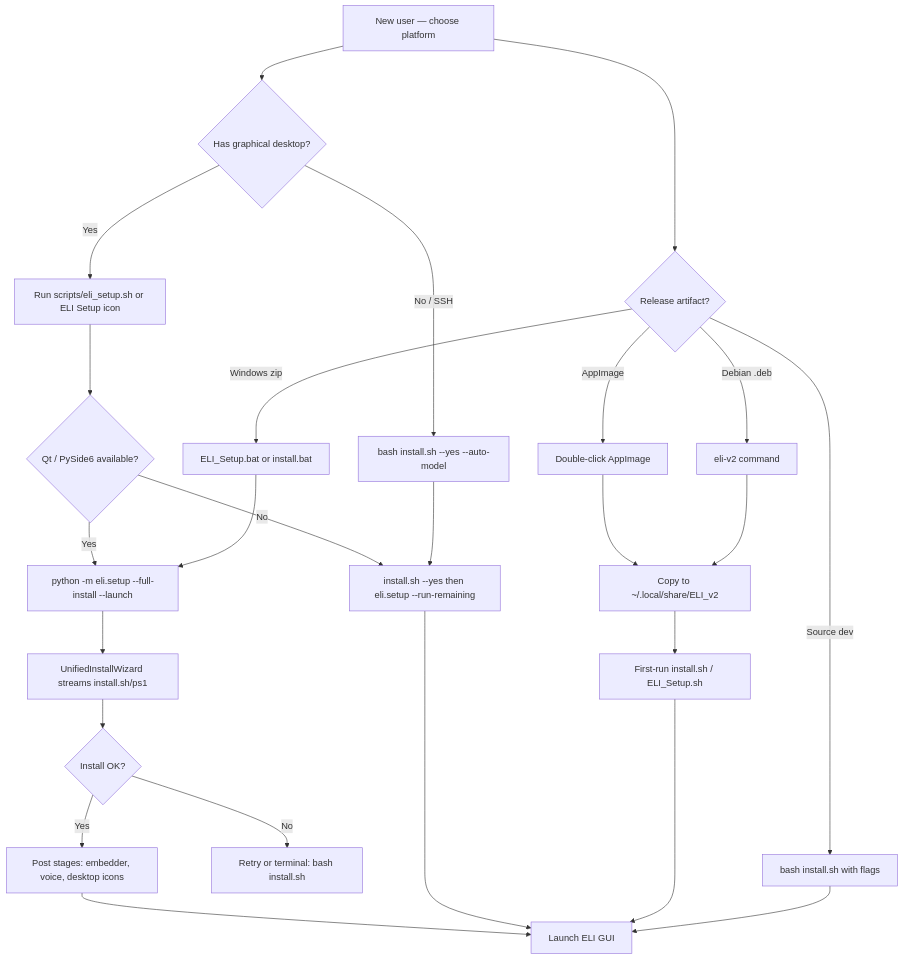
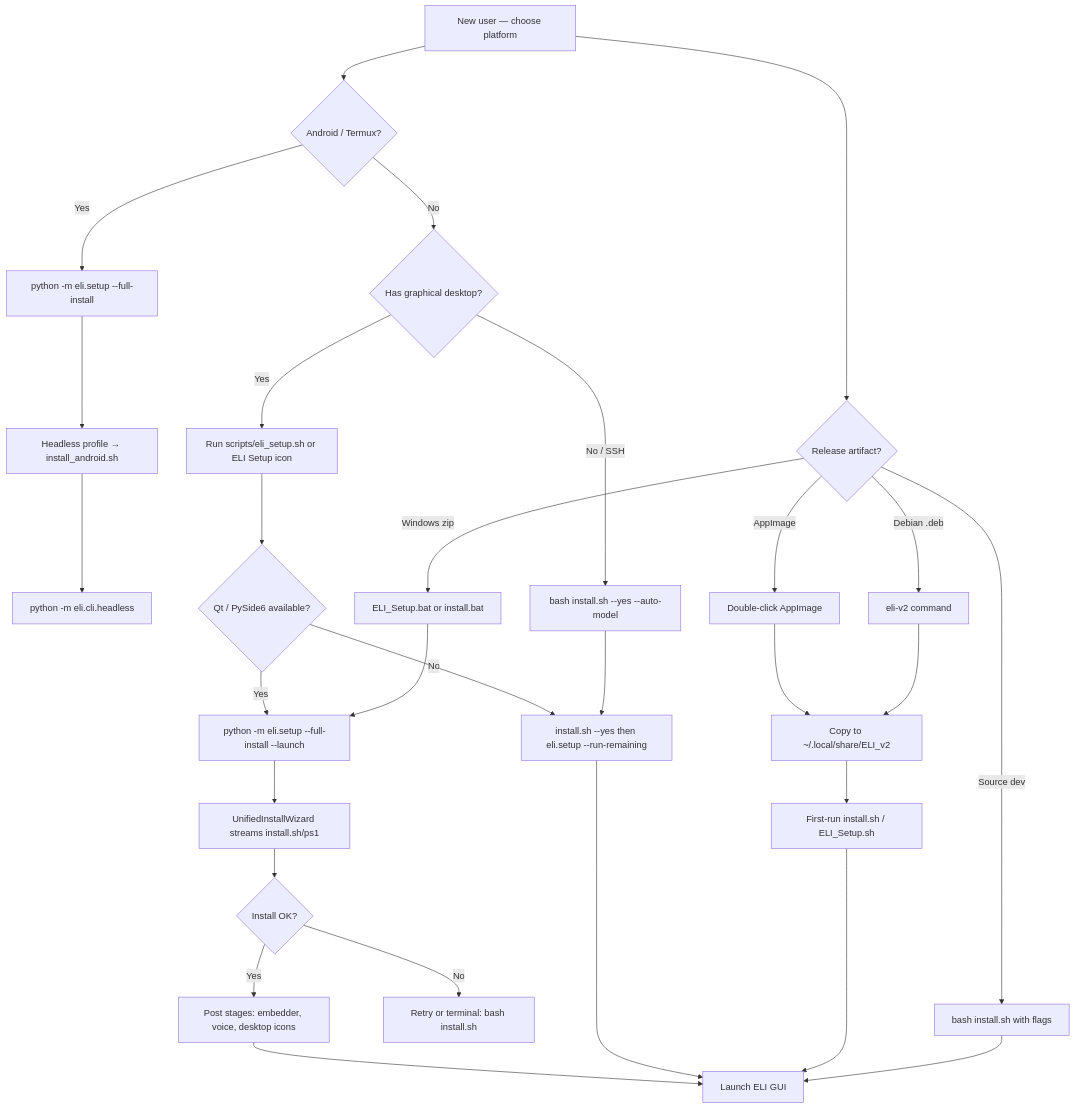
The diagram in first time Installation/ELI_SCRIPT_REFERENCE.md (ShadowESC95/ELI_v2.0), drawn with Mermaid before and after one commit. The commit also changed other lines of this file and 19 other files, not shown here.

First line of the commit message:
v2.3.97: platform matrix, Qualcomm/Adreno, Android headless, WoA arm64 scoping.

````diff
--- a/first time Installation/ELI_SCRIPT_REFERENCE.md
+++ b/first time Installation/ELI_SCRIPT_REFERENCE.md
@@ -42,28 +98,32 @@
 ```mermaid
 flowchart TD
-    A[New user — choose platform] --> B{Has graphical desktop?}
+    A[New user — choose platform] --> A1{Android / Termux?}
+    A1 -->|Yes| A2[python -m eli.setup --full-install]
+    A2 --> A3[Headless profile → install_android.sh]
+    A3 --> A4[python -m eli.cli.headless]
+    A1 -->|No| B{Has graphical desktop?}
     B -->|Yes| C[Run scripts/eli_setup.sh or ELI Setup icon]
     B -->|No / SSH| D[bash install.sh --yes --auto-model]
     C --> E{Qt / PySide6 available?}
     E -->|Yes| F[python -m eli.setup --full-install --launch]
     E -->|No| G[install.sh --yes then eli.setup --run-remaining]
     F --> H[UnifiedInstallWizard streams install.sh/ps1]
     H --> I{Install OK?}
     I -->|Yes| J[Post stages: embedder, voice, desktop icons]
     I -->|No| K[Retry or terminal: bash install.sh]
     J --> L[Launch ELI GUI]
     D --> G
     G --> L
 
     A --> M{Release artifact?}
     M -->|AppImage| N[Double-click AppImage]
     N --> O[Copy to ~/.local/share/ELI_v2]
     O --> P[First-run install.sh / ELI_Setup.sh]
     P --> L
     M -->|Windows zip| Q[ELI_Setup.bat or install.bat]
     Q --> F
     M -->|Debian .deb| R[eli-v2 command]
     R --> O
     M -->|Source dev| S[bash install.sh with flags]
     S --> L
 ```
````
